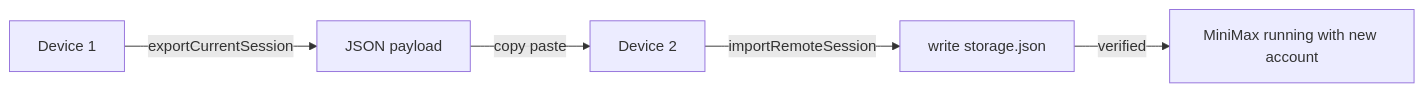
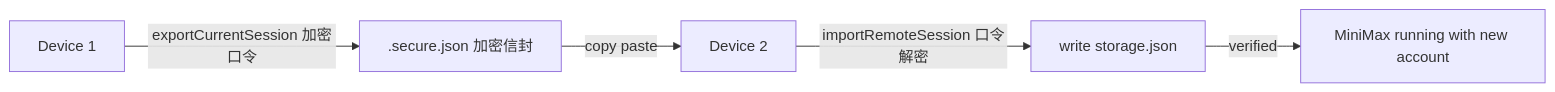
One commit to techysy/CreditDaddy changed the third of 3 diagrams in .IMPLEMENTATION_SUMMARY.md. Above: the diagram before and after it, drawn with Mermaid. The commit also changed other lines of this file and 4 other files, not shown here.

````diff
--- a/.IMPLEMENTATION_SUMMARY.md
+++ b/.IMPLEMENTATION_SUMMARY.md
@@ -107,7 +107,7 @@
 ```mermaid
 graph LR
-    A[Device 1] -->|exportCurrentSession| B[JSON payload]
+    A[Device 1] -->|exportCurrentSession 加密口令| B[.secure.json 加密信封]
     B -->|copy paste| C[Device 2]
-    C -->|importRemoteSession| D[write storage.json]
+    C -->|importRemoteSession 口令解密| D[write storage.json]
     D -->|verified| E[MiniMax running with new account]
 ```
````
